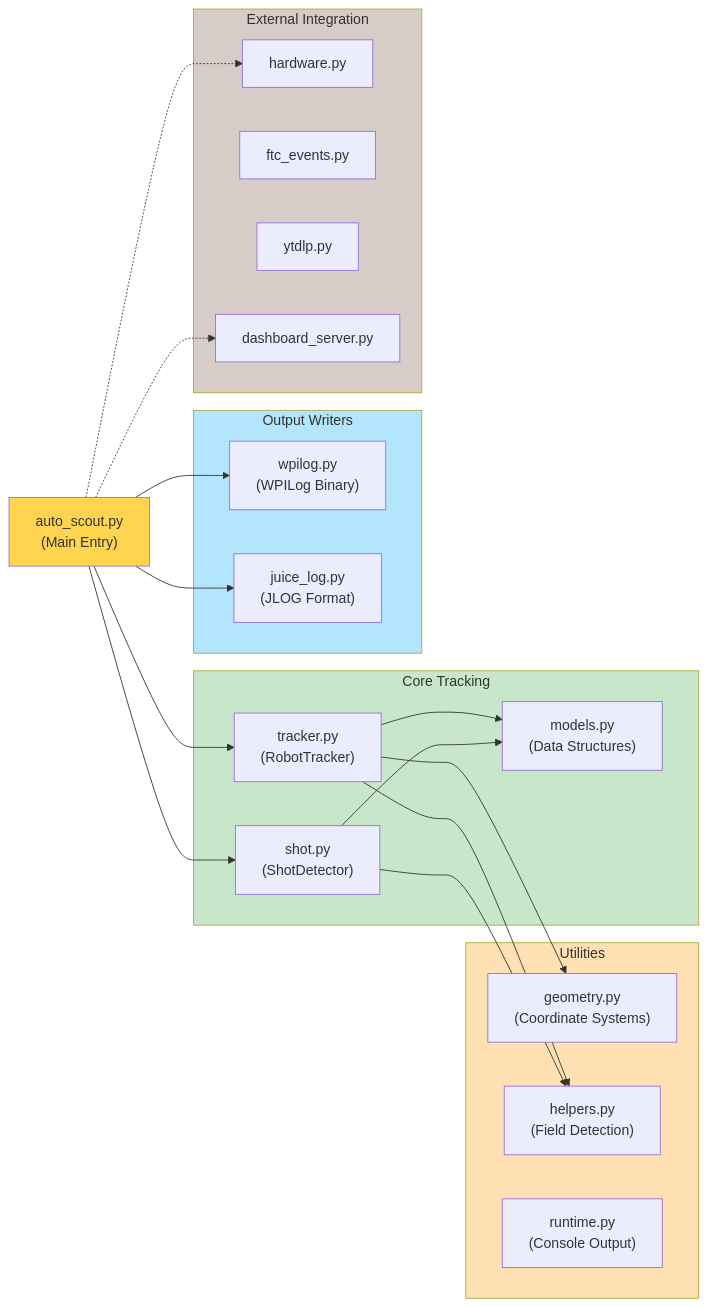
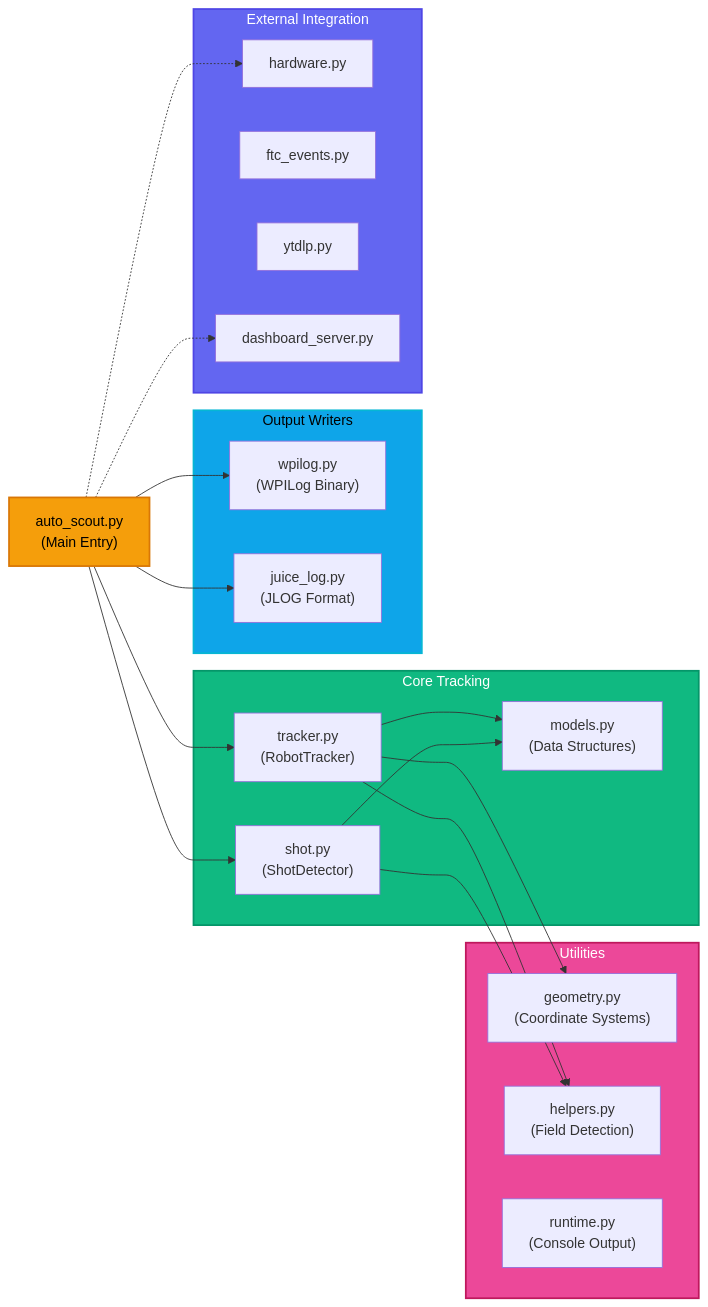
Before and after one commit to ALeaf21/LearningJuiceAutoScout: the second of 13 diagrams in docs/SYSTEM_ARCHITECTURE.md, drawn with Mermaid. The commit also changed other lines of this file and 1 other file, not shown here.

Commit message:
doc updated for dark theme

````diff
--- a/docs/SYSTEM_ARCHITECTURE.md
+++ b/docs/SYSTEM_ARCHITECTURE.md
@@ -36,49 +37,50 @@
 ```mermaid
+%%{init: {theme: 'dark'}}%%
 graph LR
     Main["auto_scout.py<br/>(Main Entry)"]
     
     subgraph Core["Core Tracking"]
         Tracker["tracker.py<br/>(RobotTracker)"]
         Shot["shot.py<br/>(ShotDetector)"]
         Models["models.py<br/>(Data Structures)"]
     end
     
     subgraph Utilities["Utilities"]
         Geometry["geometry.py<br/>(Coordinate Systems)"]
         Helpers["helpers.py<br/>(Field Detection)"]
         Runtime["runtime.py<br/>(Console Output)"]
     end
     
     subgraph Export["Output Writers"]
         WPILog["wpilog.py<br/>(WPILog Binary)"]
         JuiceLog["juice_log.py<br/>(JLOG Format)"]
     end
     
     subgraph Integration["External Integration"]
         Hardware["hardware.py"]
         FTC["ftc_events.py"]
         YTDlp["ytdlp.py"]
         Dashboard["dashboard_server.py"]
     end
     
     Main --> Tracker
     Main --> Shot
     Main --> JuiceLog
     Main --> WPILog
     
     Tracker --> Models
     Tracker --> Geometry
     Tracker --> Helpers
     
     Shot --> Models
     Shot --> Helpers
     
     Main -.-> Dashboard
     Main -.-> Hardware
     
-    style Main fill:#ffd54f
-    style Core fill:#c8e6c9
-    style Export fill:#b3e5fc
-    style Utilities fill:#ffe0b2
-    style Integration fill:#d7ccc8
+    style Main fill:#f59e0b,stroke:#d97706,stroke-width:2px,color:#000
+    style Core fill:#10b981,stroke:#059669,stroke-width:2px,color:#fff
+    style Export fill:#0ea5e9,stroke:#06b6d4,stroke-width:2px,color:#000
+    style Utilities fill:#ec4899,stroke:#be185d,stroke-width:2px,color:#fff
+    style Integration fill:#6366f1,stroke:#4f46e5,stroke-width:2px,color:#fff
 ```
````
